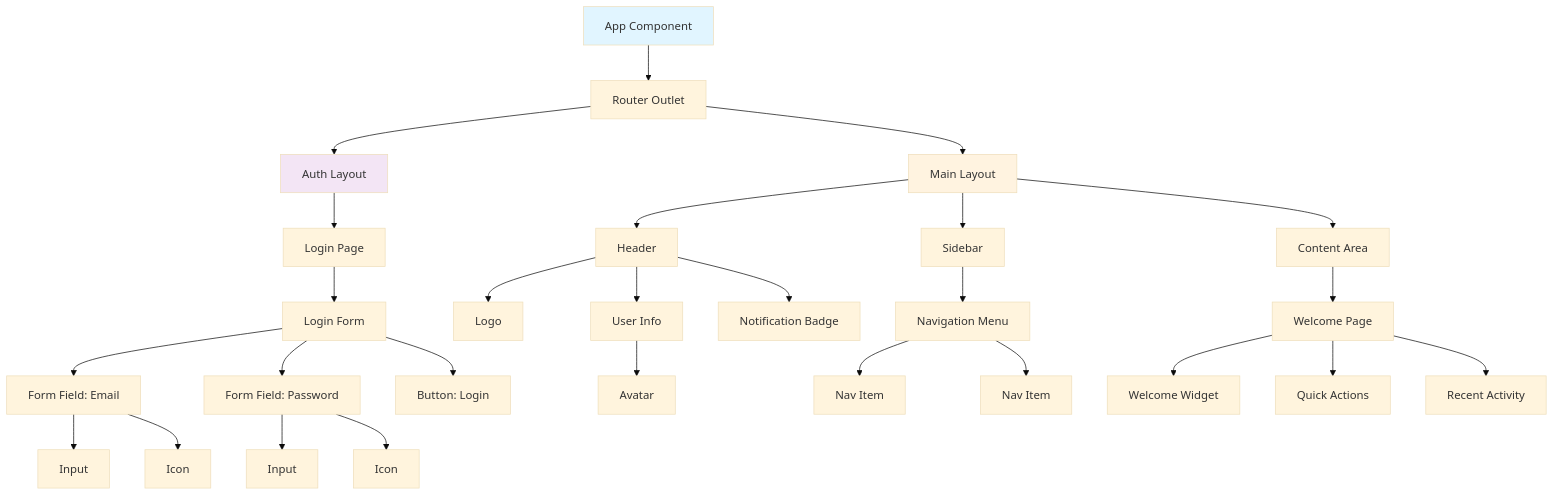
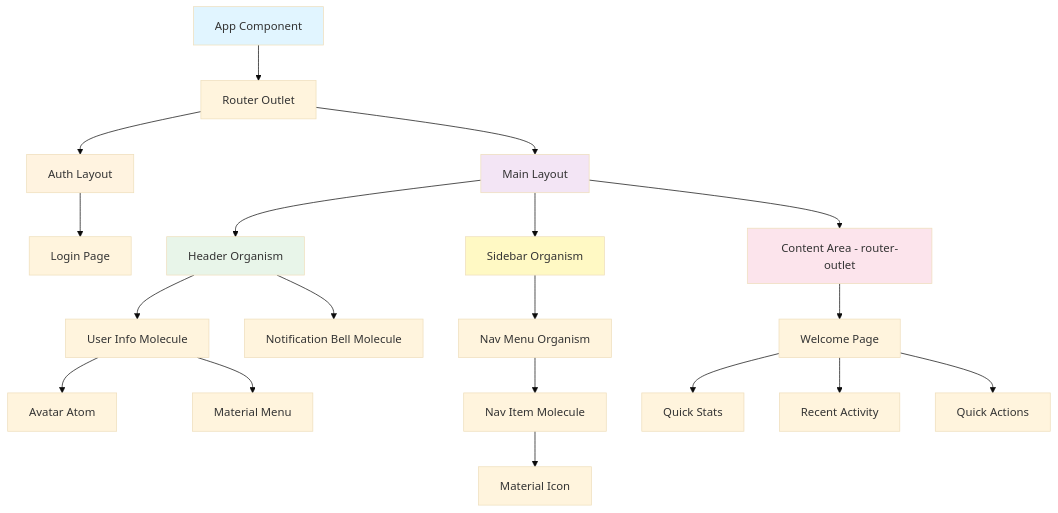
Before and after one commit to PeRiJeY/PadelMixer: the diagram in doc/disenyo-tecnico/tech-portal-base.md, drawn with Mermaid (base theme). The commit also changed other lines of this file and 41 other files, not shown here.

````diff
--- a/doc/disenyo-tecnico/tech-portal-base.md
+++ b/doc/disenyo-tecnico/tech-portal-base.md
@@ -73,41 +67,35 @@
 ```mermaid
 graph TD
     App[App Component] --> Router[Router Outlet]
+    Router --> AuthLayout[Auth Layout]
+    Router --> MainLayout[Main Layout]
     
-    Router --> Auth[Auth Layout]
-    Router --> Main[Main Layout]
+    AuthLayout --> LoginPage[Login Page]
     
-    Auth --> LoginPage[Login Page]
-    LoginPage --> LoginForm[Login Form]
-    LoginForm --> FormField1[Form Field: Email]
-    LoginForm --> FormField2[Form Field: Password]
-    LoginForm --> Button1[Button: Login]
-    
-    FormField1 --> Input1[Input]
-    FormField1 --> Icon1[Icon]
-    FormField2 --> Input2[Input]
-    FormField2 --> Icon2[Icon]
-    
-    Main --> Header[Header]
-    Main --> Sidebar[Sidebar]
-    Main --> Content[Content Area]
-    
-    Header --> Logo[Logo]
-    Header --> UserInfo[User Info]
-    Header --> NotifBadge[Notification Badge]
-    
-    UserInfo --> Avatar1[Avatar]
-    
-    Sidebar --> NavMenu[Navigation Menu]
-    NavMenu --> NavItem1[Nav Item]
-    NavMenu --> NavItem2[Nav Item]
+    MainLayout --> Header[Header Organism]
+    MainLayout --> Sidebar[Sidebar Organism]
+    MainLayout --> Content[Content Area - router-outlet]
     
     Content --> WelcomePage[Welcome Page]
-    WelcomePage --> WelcomeWidget[Welcome Widget]
+    
+    Header --> UserInfo[User Info Molecule]
+    Header --> NotificationBell[Notification Bell Molecule]
+    
+    UserInfo --> Avatar[Avatar Atom]
+    UserInfo --> MatMenu[Material Menu]
+    
+    Sidebar --> NavMenu[Nav Menu Organism]
+    NavMenu --> NavItem[Nav Item Molecule]
+    NavItem --> MatIcon[Material Icon]
+    
+    WelcomePage --> QuickStats[Quick Stats]
+    WelcomePage --> RecentActivity[Recent Activity]
     WelcomePage --> QuickActions[Quick Actions]
-    WelcomePage --> RecentActivity[Recent Activity]
     
     style App fill:#e1f5ff
-    style Main fill:#fff3e0
-    style Auth fill:#f3e5f5
+    style AuthLayout fill:#fff3e0
+    style MainLayout fill:#f3e5f5
+    style Header fill:#e8f5e9
+    style Sidebar fill:#fff9c4
+    style Content fill:#fce4ec
 ```
````
